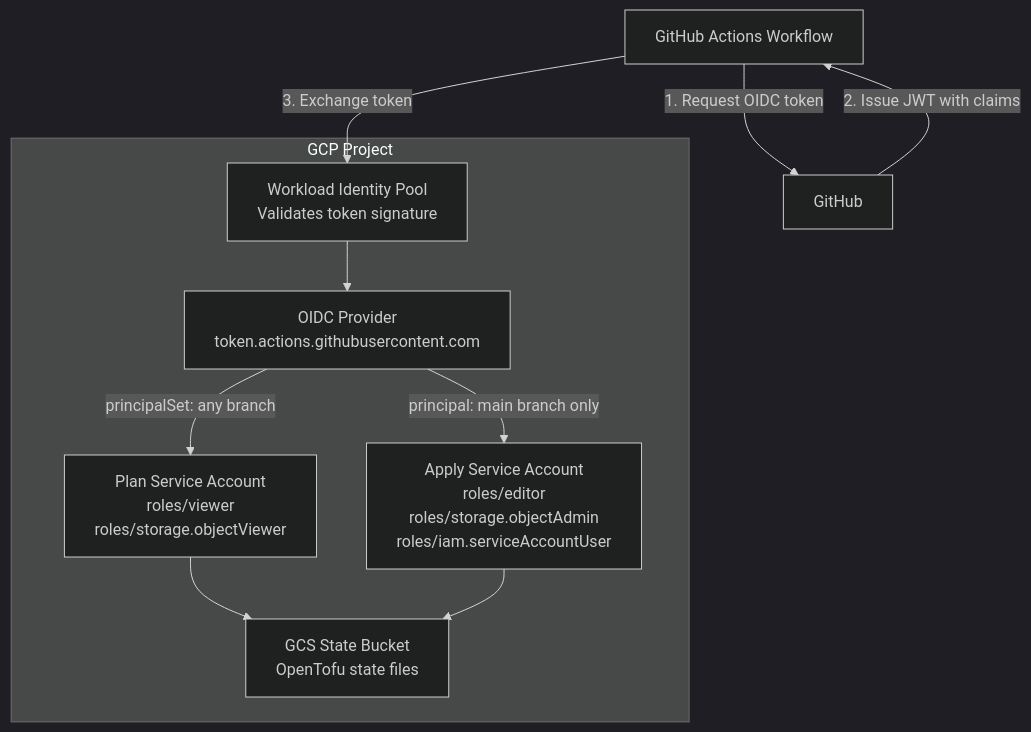
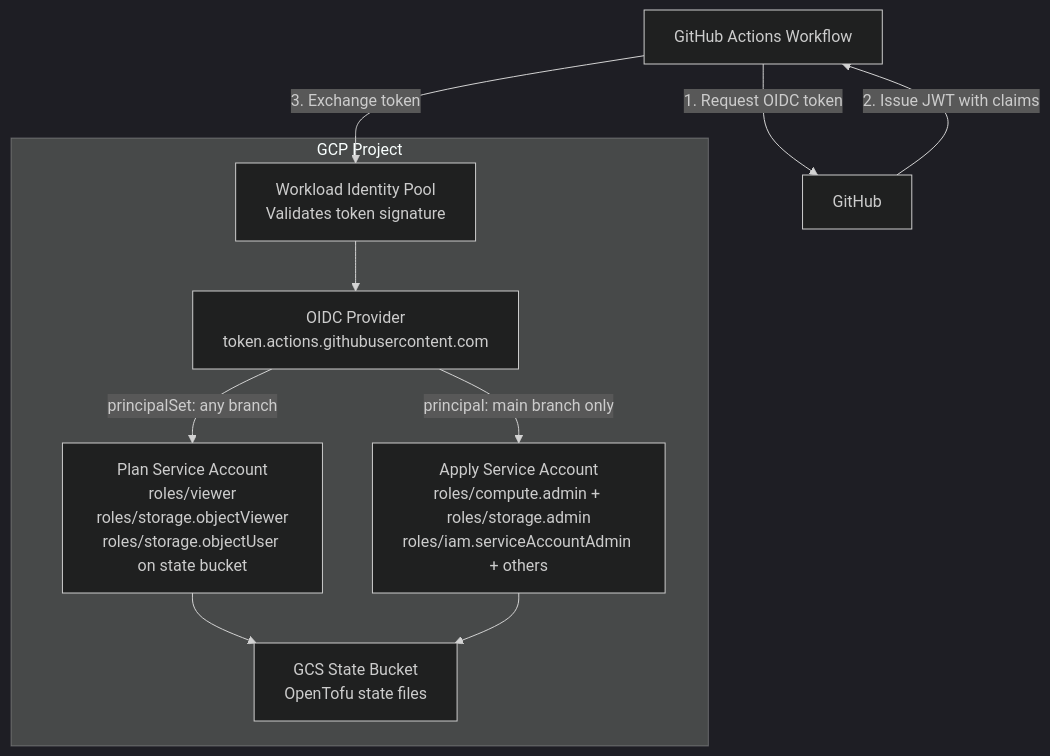
Before and after one commit to dg-infrastructure/terragrunt-scale-catalog: the diagram in stacks/gcp/github/pipelines-bootstrap/README.md, drawn with Mermaid (dark theme). The commit also changed other lines of this file and 10 other files, not shown here.

Commit message:
plan SA needs write perms for state locking, moving this to bucket only instead of project wide

````diff
--- a/stacks/gcp/github/pipelines-bootstrap/README.md
+++ b/stacks/gcp/github/pipelines-bootstrap/README.md
@@ -73,21 +75,21 @@
 ```mermaid
 flowchart TD
     A[GitHub Actions Workflow] -->|1. Request OIDC token| B[GitHub]
     B -->|2. Issue JWT with claims| A
     A -->|3. Exchange token| C[Workload Identity Pool]
 
     subgraph GCP["GCP Project"]
         C[Workload Identity Pool<br/>Validates token signature]
         D[OIDC Provider<br/>token.actions.githubusercontent.com]
         C --> D
 
         D -->|principalSet: any branch| E[Plan Service Account]
         D -->|principal: main branch only| F[Apply Service Account]
 
-        E[Plan Service Account<br/>roles/viewer<br/>roles/storage.objectViewer]
-        F[Apply Service Account<br/>roles/editor<br/>roles/storage.objectAdmin<br/>roles/iam.serviceAccountUser]
+        E[Plan Service Account<br/>roles/viewer<br/>roles/storage.objectViewer<br/>roles/storage.objectUser on state bucket]
+        F[Apply Service Account<br/>roles/compute.admin + roles/storage.admin<br/>roles/iam.serviceAccountAdmin + others]
 
         E --> G[GCS State Bucket]
         F --> G[GCS State Bucket<br/>OpenTofu state files]
     end
 ```
````
